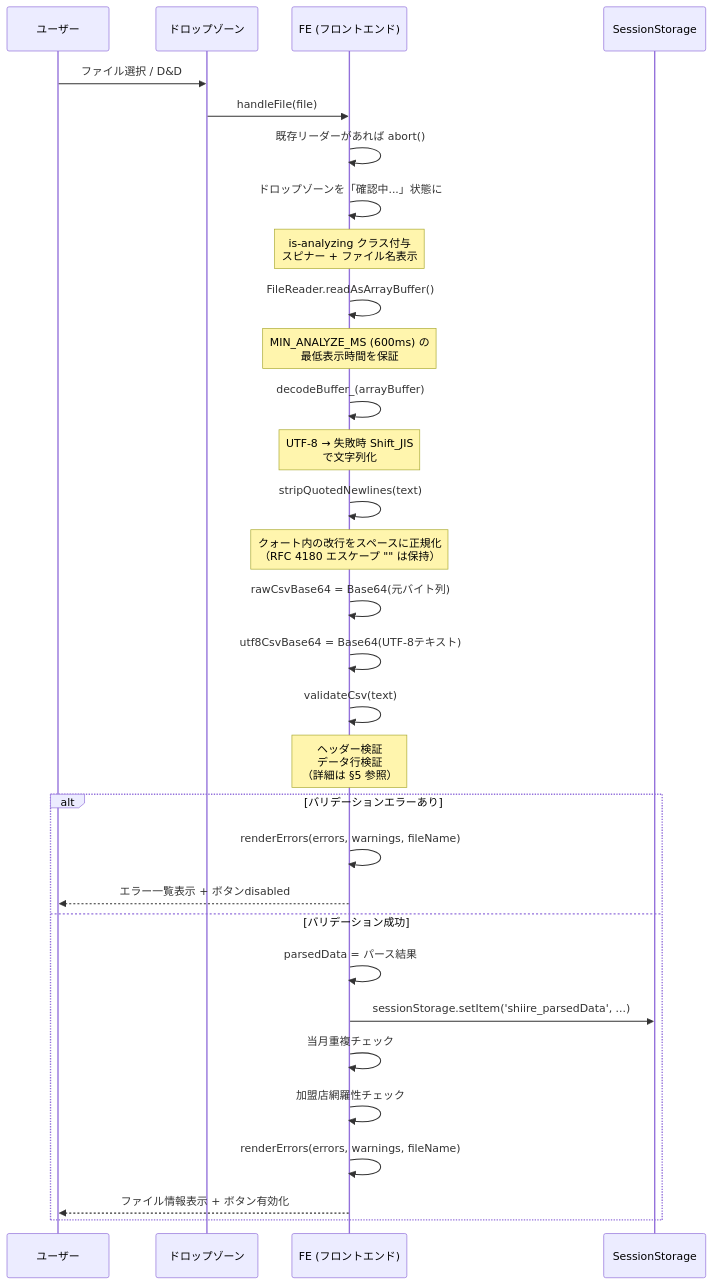
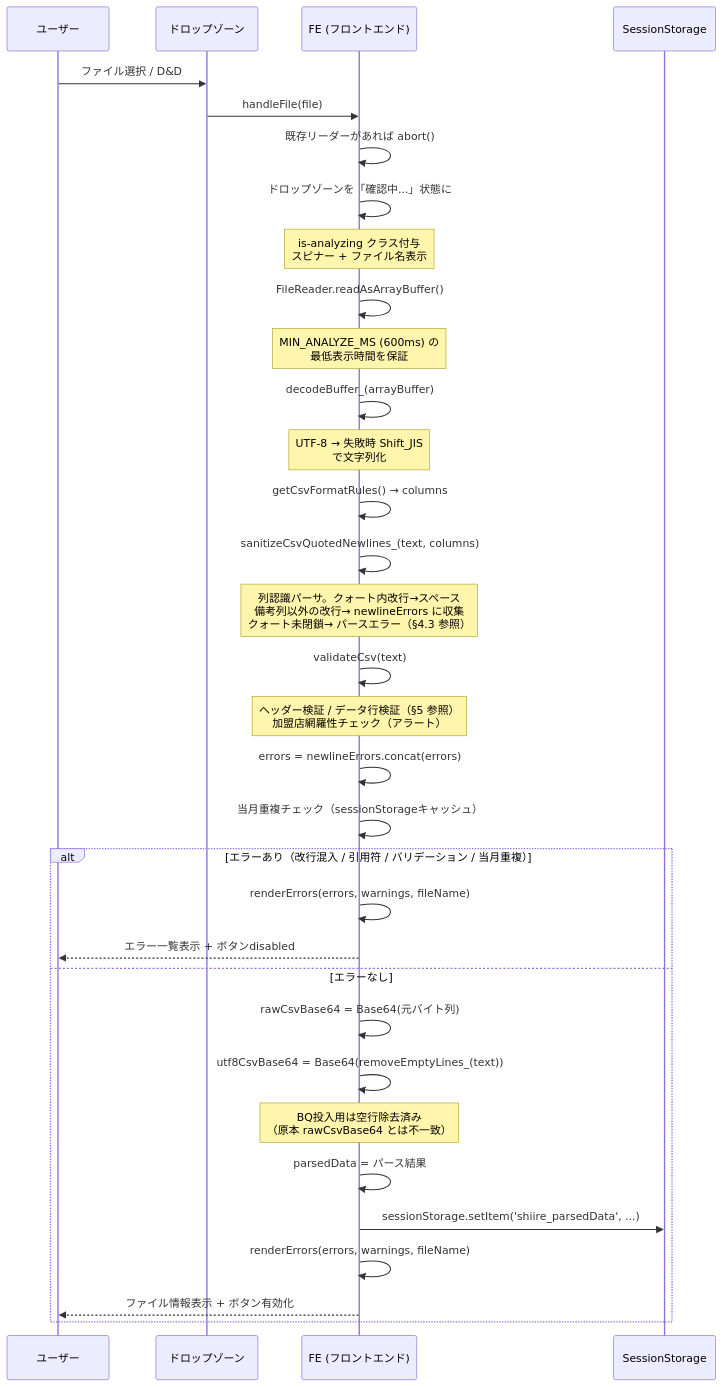
Before and after one commit to USEN-PAY-Products/connect-wholesale-gas-poc: the third of 7 diagrams in docs/specifications/02_csv_upload_page.md, drawn with Mermaid. The commit also changed other lines of this file and 11 other files, not shown here.

````diff
--- a/docs/specifications/02_csv_upload_page.md
+++ b/docs/specifications/02_csv_upload_page.md
@@ -167,41 +167,43 @@
 ```mermaid
 sequenceDiagram
     participant U as ユーザー
     participant DZ as ドロップゾーン
     participant FE as FE (フロントエンド)
     participant SS as SessionStorage
 
     U->>DZ: ファイル選択 / D&D
     DZ->>FE: handleFile(file)
 
     FE->>FE: 既存リーダーがあれば abort()
     FE->>FE: ドロップゾーンを「確認中...」状態に
     Note over FE: is-analyzing クラス付与<br/>スピナー + ファイル名表示
 
     FE->>FE: FileReader.readAsArrayBuffer()
     Note over FE: MIN_ANALYZE_MS (600ms) の<br/>最低表示時間を保証
 
     FE->>FE: decodeBuffer_(arrayBuffer)
     Note over FE: UTF-8 → 失敗時 Shift_JIS<br/>で文字列化
 
-    FE->>FE: stripQuotedNewlines(text)
-    Note over FE: クォート内の改行をスペースに正規化<br/>（RFC 4180 エスケープ "" は保持）
-
-    FE->>FE: rawCsvBase64 = Base64(元バイト列)
-    FE->>FE: utf8CsvBase64 = Base64(UTF-8テキスト)
+    FE->>FE: getCsvFormatRules() → columns
+    FE->>FE: sanitizeCsvQuotedNewlines_(text, columns)
+    Note over FE: 列認識パーサ。クォート内改行→スペース<br/>備考列以外の改行→ newlineErrors に収集<br/>クォート未閉鎖→ パースエラー（§4.3 参照）
 
     FE->>FE: validateCsv(text)
-    Note over FE: ヘッダー検証<br/>データ行検証<br/>（詳細は §5 参照）
+    Note over FE: ヘッダー検証 / データ行検証（§5 参照）<br/>加盟店網羅性チェック（アラート）
 
-    alt バリデーションエラーあり
+    FE->>FE: errors = newlineErrors.concat(errors)
+    FE->>FE: 当月重複チェック（sessionStorageキャッシュ）
+
+    alt エラーあり（改行混入 / 引用符 / バリデーション / 当月重複）
         FE->>FE: renderErrors(errors, warnings, fileName)
         FE-->>U: エラー一覧表示 + ボタンdisabled
-    else バリデーション成功
+    else エラーなし
+        FE->>FE: rawCsvBase64 = Base64(元バイト列)
+        FE->>FE: utf8CsvBase64 = Base64(removeEmptyLines_(text))
+        Note over FE: BQ投入用は空行除去済み<br/>（原本 rawCsvBase64 とは不一致）
         FE->>FE: parsedData = パース結果
         FE->>SS: sessionStorage.setItem('shiire_parsedData', ...)
-        FE->>FE: 当月重複チェック
-        FE->>FE: 加盟店網羅性チェック
         FE->>FE: renderErrors(errors, warnings, fileName)
         FE-->>U: ファイル情報表示 + ボタン有効化
     end
 ```
````
